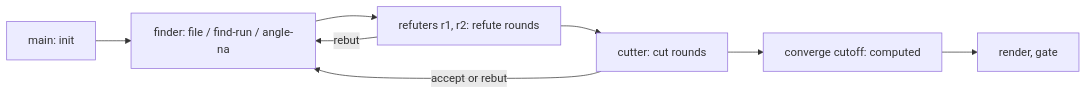
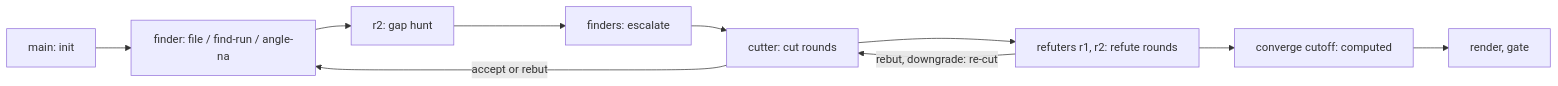
One commit to vancsj/bootgear changed the diagram in docs/converge.md. Above: the diagram before and after it, drawn with Mermaid. The commit also changed other lines of this file and 7 other files, not shown here.

First line of the commit message:
ENGINE: apply spec-review inline fixes in execute, align the review skill with the new converge defaults and document the cut refusal

````diff
--- a/docs/converge.md
+++ b/docs/converge.md
@@ -43,10 +43,12 @@
 ```mermaid
 flowchart LR
   M[main: init] --> F[finder: file / find-run / angle-na]
-  F --> R[refuters r1, r2: refute rounds]
-  R -->|rebut| F
-  R --> C[cutter: cut rounds]
+  F --> H[r2: gap hunt]
+  H --> E[finders: escalate]
+  E --> C[cutter: cut rounds]
   C -->|accept or rebut| F
-  C --> X[converge cutoff: computed]
+  C --> R[refuters r1, r2: refute rounds]
+  R -->|rebut, downgrade: re-cut| C
+  R --> X[converge cutoff: computed]
   X --> G[render, gate]
 ```
````
